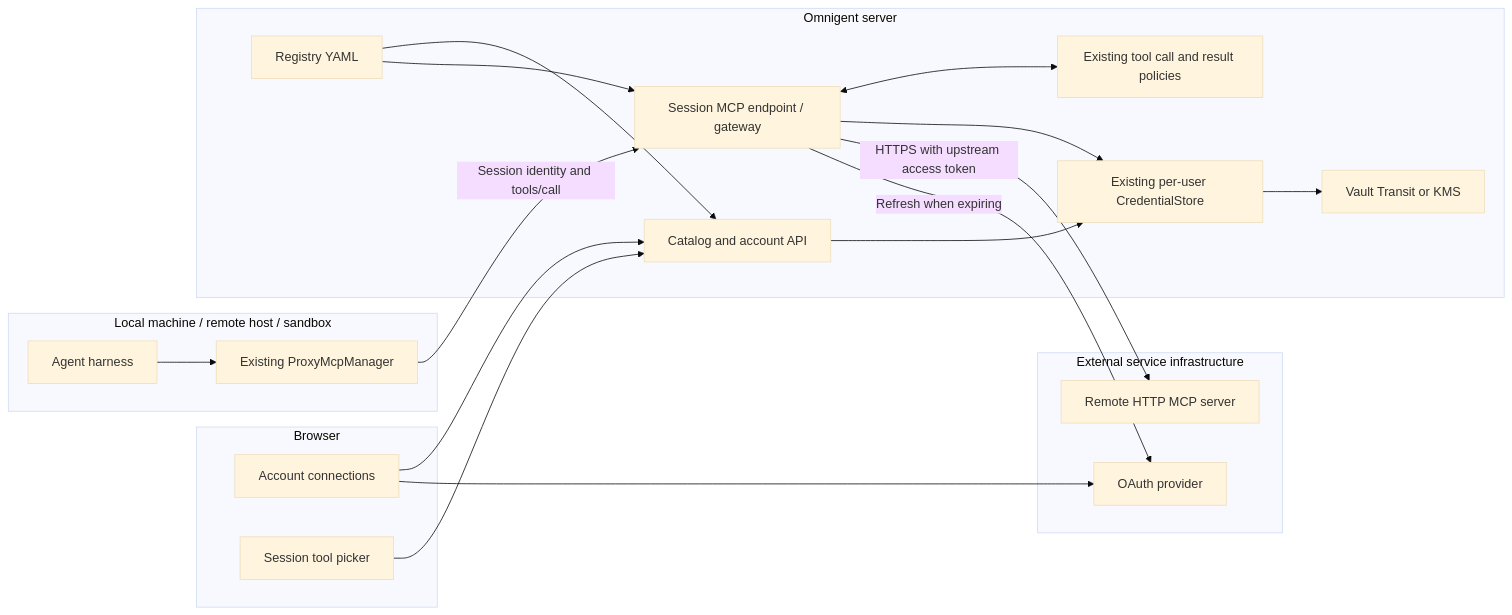
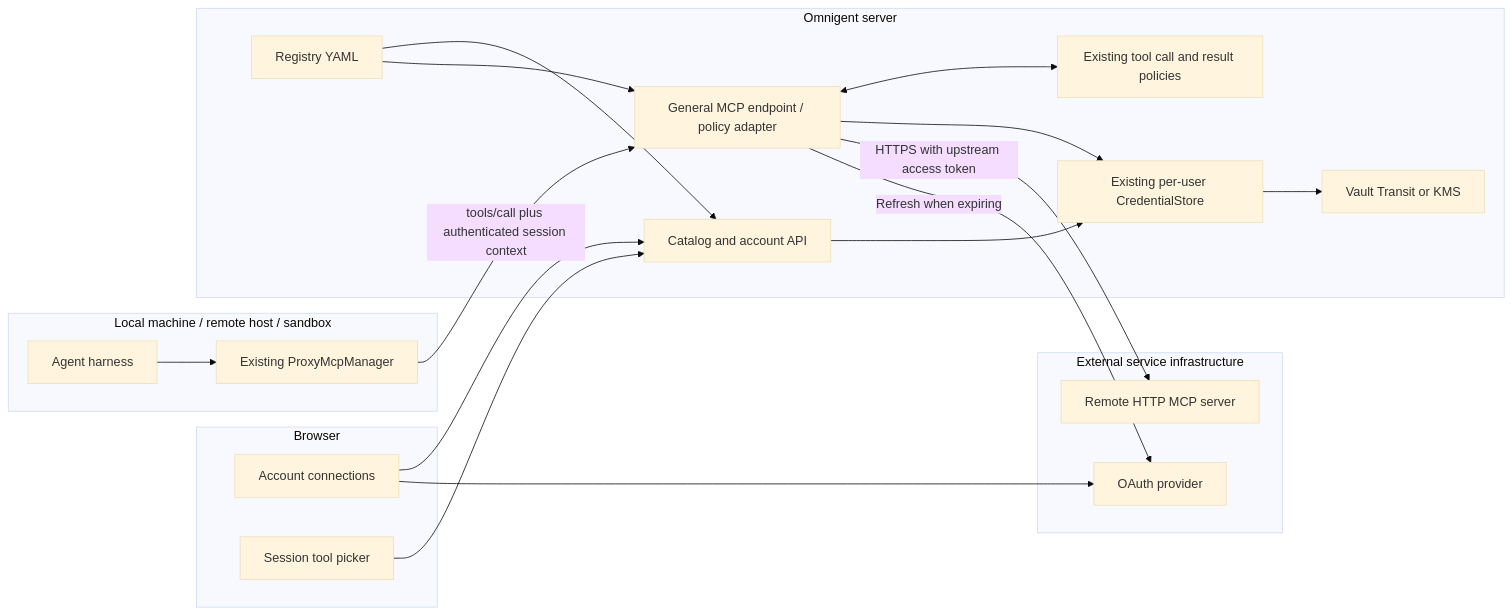
Before and after one commit to omnigent-ai/omnigent: the first of 3 diagrams in examples/mcp-registry/README.md, drawn with Mermaid (base theme). The commit also changed other lines of this file and 19 other files, not shown here.

Commit message:
Separate managed MCP gateway routing from session policy context

````diff
--- a/examples/mcp-registry/README.md
+++ b/examples/mcp-registry/README.md
@@ -16,36 +17,36 @@
 ```mermaid
 flowchart LR
   subgraph browser[Browser]
     settings[Account connections]
     picker[Session tool picker]
   end
   subgraph runner[Local machine / remote host / sandbox]
     harness[Agent harness]
     proxy[Existing ProxyMcpManager]
     harness --> proxy
   end
   subgraph server[Omnigent server]
     catalog[Registry YAML]
     api[Catalog and account API]
-    gateway[Session MCP endpoint / gateway]
+    gateway[General MCP endpoint / policy adapter]
     policies[Existing tool call and result policies]
     store[Existing per-user CredentialStore]
     cipher[Vault Transit or KMS]
     catalog --> api
     catalog --> gateway
     gateway <--> policies
     gateway --> store
     api --> store
     store --> cipher
   end
   subgraph upstream[External service infrastructure]
     oauth[OAuth provider]
     mcp[Remote HTTP MCP server]
   end
   settings --> api
   settings --> oauth
   picker --> api
-  proxy -->|Session identity and tools/call| gateway
+  proxy -->|tools/call plus authenticated session context| gateway
   gateway -->|HTTPS with upstream access token| mcp
   gateway -->|Refresh when expiring| oauth
 ```
````
